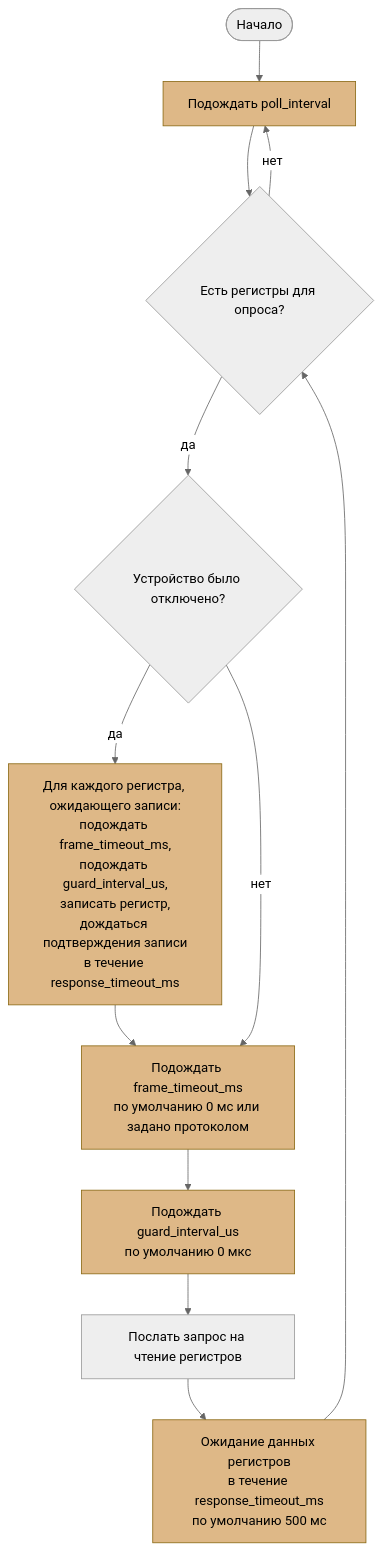
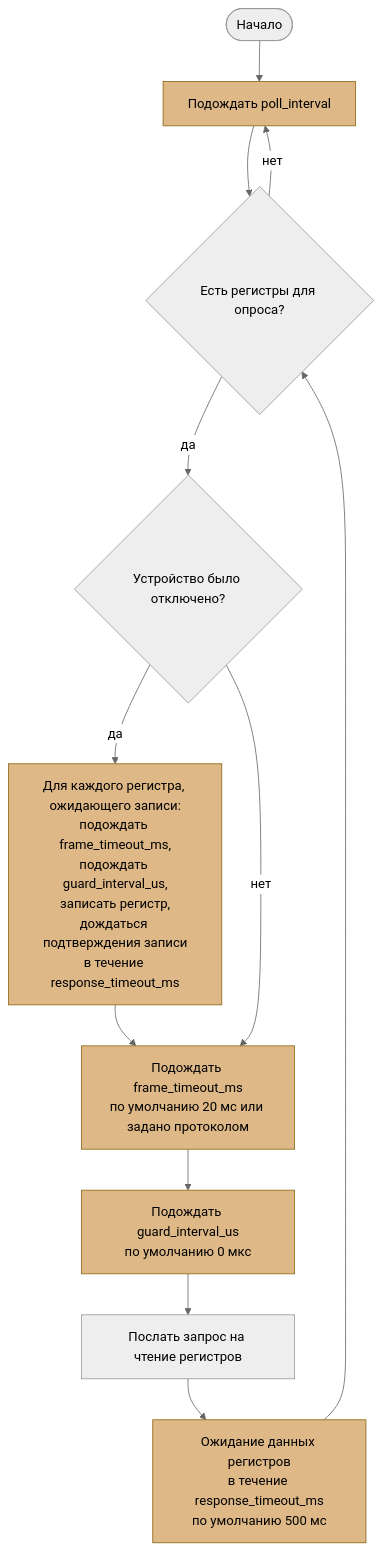
The diagram in README.md (wirenboard/wb-mqtt-serial), drawn with Mermaid (neutral theme) before and after one commit. The commit also changed other lines of this file and 2 other files, not shown here.

````diff
--- a/README.md
+++ b/README.md
@@ -1092,17 +1094,17 @@
 ```mermaid
 flowchart TD
     S(["Начало"]) --> P["Подождать poll_interval"]
     P --> Q1{"Есть регистры для опроса?"}
     Q1 -- "нет" --> P
     Q1 -- "да" --> Q2{"Устройство было отключено?"}
     Q2 -- "да" --> W["Для каждого регистра, ожидающего записи:<br/>подождать frame_timeout_ms,<br/>подождать guard_interval_us,<br/>записать регистр,<br/>дождаться подтверждения записи<br/>в течение response_timeout_ms"]
-    W --> WF2["Подождать frame_timeout_ms<br/>по умолчанию 0 мс или задано протоколом"]
+    W --> WF2["Подождать frame_timeout_ms<br/>по умолчанию 20 мс или задано протоколом"]
     Q2 -- "нет" --> WF2
     WF2 --> WG2["Подождать guard_interval_us<br/>по умолчанию 0 мкс"]
     WG2 --> READ["Послать запрос на чтение регистров"]
     READ --> RDATA["Ожидание данных регистров<br/>в течение response_timeout_ms<br/>по умолчанию 500 мс"]
     RDATA --> Q1
 
     classDef wait fill:#deb887,stroke:#8b6914,color:#000
     class P,W,WF2,WG2,RDATA wait
 ```
````
